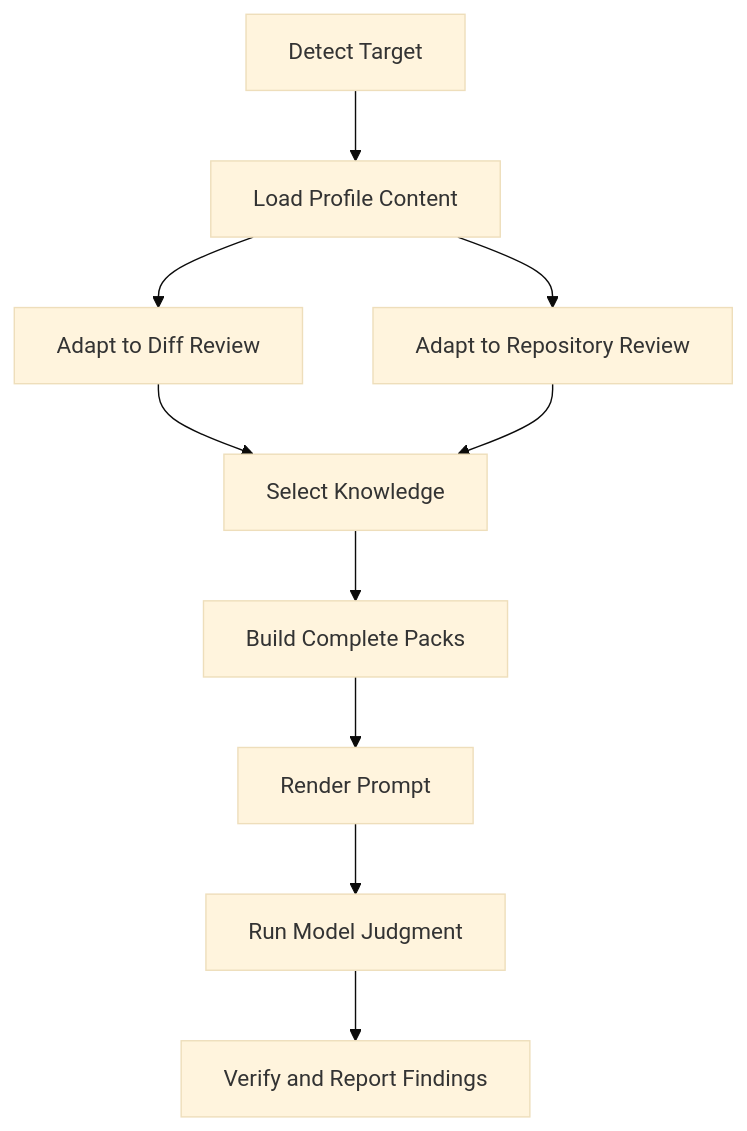
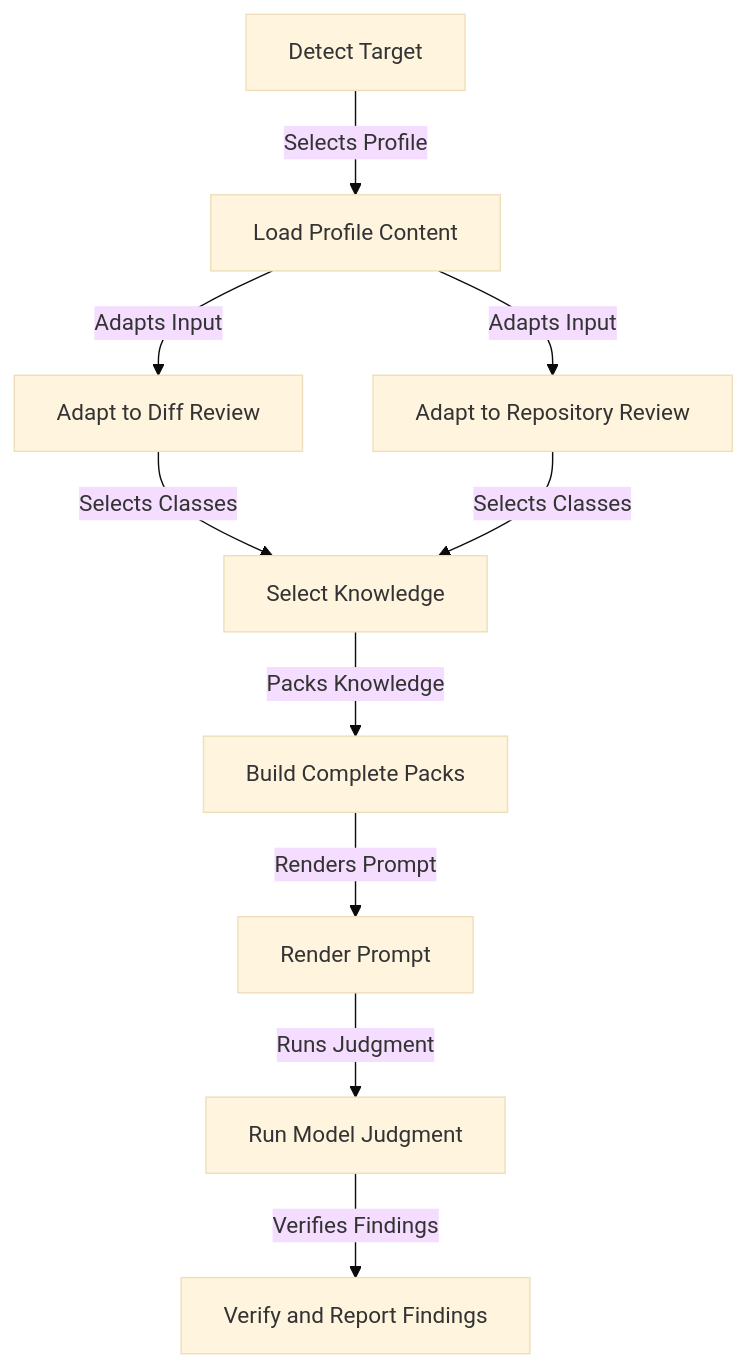
Before and after one commit to eth4nr00t/cyberjury: the diagram in docs/knowledge-design.md, drawn with Mermaid (base theme). The commit also changed other lines of this file and 2 other files, not shown here.

Commit message:
docs: align design and knowledge checklist guidance

````diff
--- a/docs/knowledge-design.md
+++ b/docs/knowledge-design.md
@@ -257,12 +255,12 @@
 ```mermaid
 flowchart TD
-    A[Detect Target] --> B[Load Profile Content]
-    B --> C[Adapt to Diff Review]
-    B --> D[Adapt to Repository Review]
-    C --> E[Select Knowledge]
-    D --> E
-    E --> F[Build Complete Packs]
-    F --> G[Render Prompt]
-    G --> H[Run Model Judgment]
-    H --> I[Verify and Report Findings]
+    A[Detect Target] -- Selects Profile --> B[Load Profile Content]
+    B -- Adapts Input --> C[Adapt to Diff Review]
+    B -- Adapts Input --> D[Adapt to Repository Review]
+    C -- Selects Classes --> E[Select Knowledge]
+    D -- Selects Classes --> E
+    E -- Packs Knowledge --> F[Build Complete Packs]
+    F -- Renders Prompt --> G[Render Prompt]
+    G -- Runs Judgment --> H[Run Model Judgment]
+    H -- Verifies Findings --> I[Verify and Report Findings]
 ```
````
